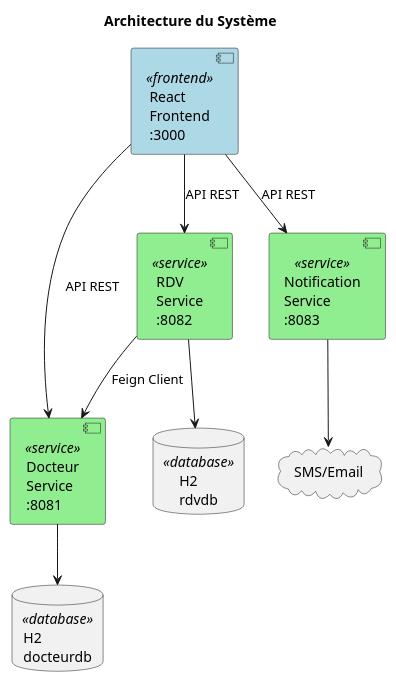
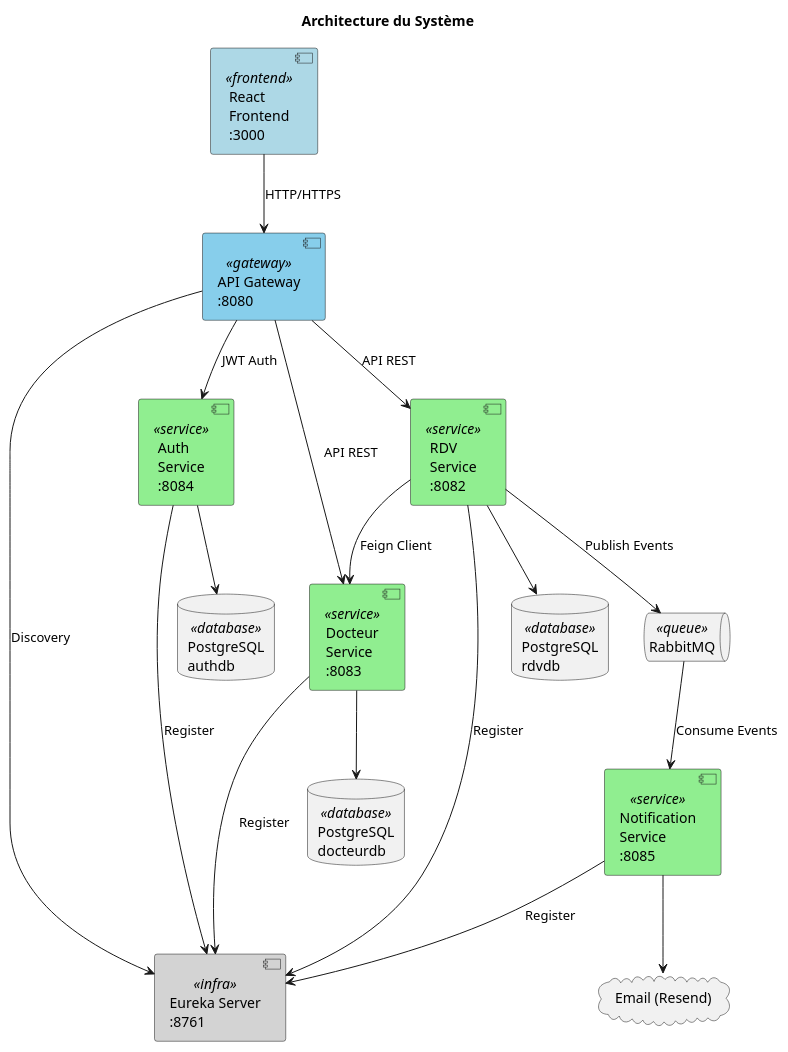
The diagram in diagrams/1-architecture-systeme.puml (sohaibmokhliss/microservices-medical-appointment), drawn with PlantUML before and after one commit. The commit also changed 89 other files, not shown here.

Commit message:
Complete microservices implementation with JWT auth, API Gateway, RabbitMQ notifications, and PostgreSQL

```diff
--- a/diagrams/1-architecture-systeme.puml
+++ b/diagrams/1-architecture-systeme.puml
@@ -1,32 +1,53 @@
 @startuml Architecture Système
 
 skinparam backgroundColor white
 skinparam component {
     BackgroundColor<<frontend>> LightBlue
     BackgroundColor<<service>> LightGreen
+    BackgroundColor<<gateway>> SkyBlue
+    BackgroundColor<<infra>> LightGray
     BackgroundColor<<database>> LightYellow
+    BackgroundColor<<queue>> Orange
 }
 
 title Architecture du Système
 
 component "React\nFrontend\n:3000" <<frontend>> as frontend
 
-component "Docteur\nService\n:8081" <<service>> as docteur
+component "API Gateway\n:8080" <<gateway>> as gateway
+component "Eureka Server\n:8761" <<infra>> as eureka
+
+component "Auth\nService\n:8084" <<service>> as auth
+component "Docteur\nService\n:8083" <<service>> as docteur
 component "RDV\nService\n:8082" <<service>> as rdv
-component "Notification\nService\n:8083" <<service>> as notif
+component "Notification\nService\n:8085" <<service>> as notif
 
-database "H2\ndocteurdb" <<database>> as db1
-database "H2\nrdvdb" <<database>> as db2
+database "PostgreSQL\nauthdb" <<database>> as db0
+database "PostgreSQL\ndocteurdb" <<database>> as db1
+database "PostgreSQL\nrdvdb" <<database>> as db2
 
-cloud "SMS/Email" as external
+queue "RabbitMQ" <<queue>> as rabbit
 
-frontend --> docteur : API REST
-frontend --> rdv : API REST
-frontend --> notif : API REST
+cloud "Email (Resend)" as external
+
+frontend --> gateway : HTTP/HTTPS
+gateway --> auth : JWT Auth
+gateway --> docteur : API REST
+gateway --> rdv : API REST
 
 rdv --> docteur : Feign Client
+rdv --> rabbit : Publish Events
+rabbit --> notif : Consume Events
+
+auth --> db0
 docteur --> db1
 rdv --> db2
 notif --> external
 
+auth --> eureka : Register
+docteur --> eureka : Register
+rdv --> eureka : Register
+notif --> eureka : Register
+gateway --> eureka : Discovery
+
 @enduml
```
